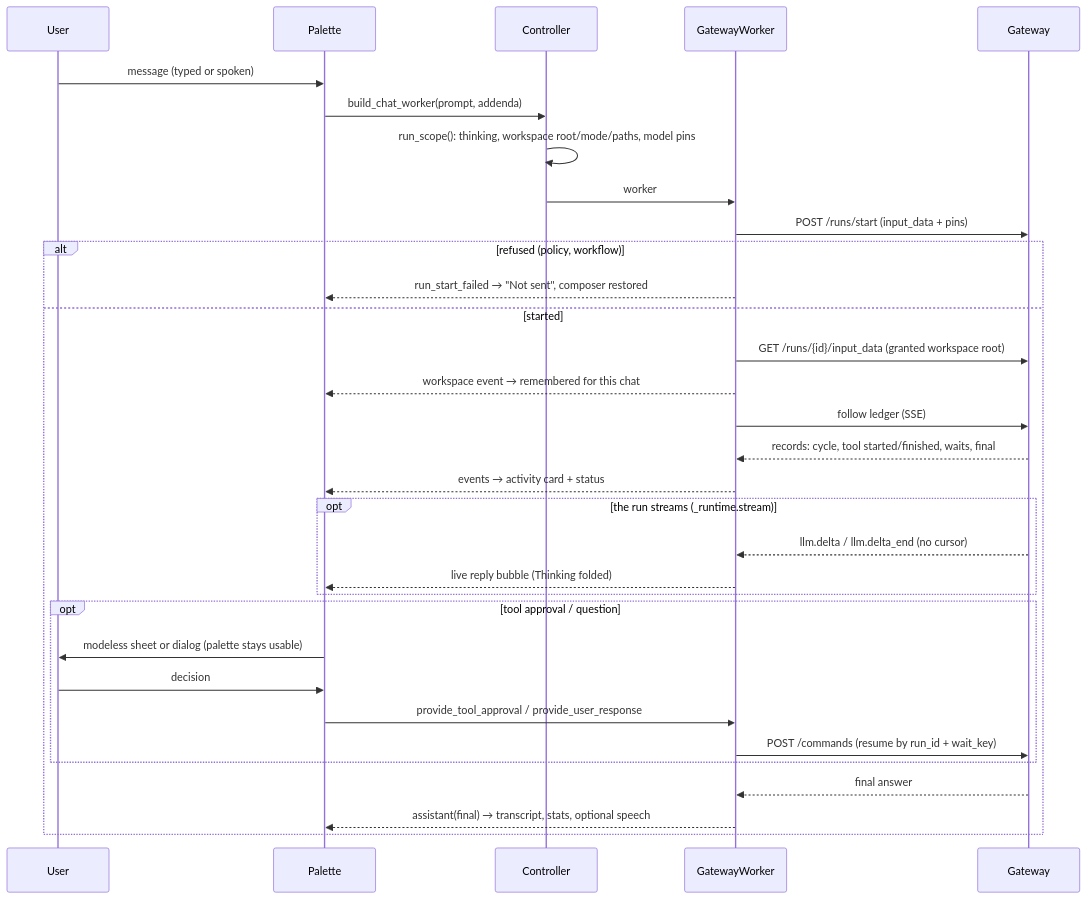
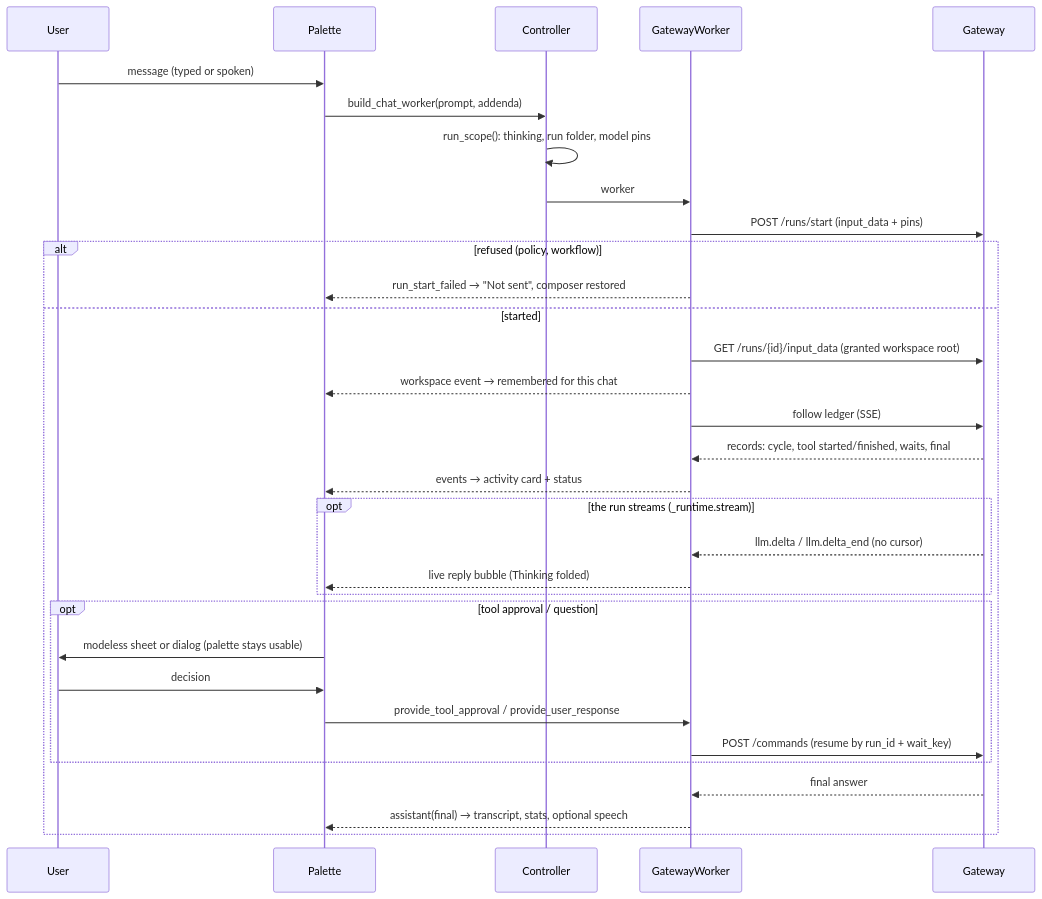
One commit to lpalbou/AbstractAssistant changed the third of 4 diagrams in docs/architecture.md. Above: the diagram before and after it, drawn with Mermaid. The commit also changed 21 other files, not shown here.

````diff
--- a/docs/architecture.md
+++ b/docs/architecture.md
@@ -215,34 +215,34 @@
 ```mermaid
 sequenceDiagram
   participant U as User
   participant P as Palette
   participant C as Controller
   participant W as GatewayWorker
   participant G as Gateway
   U->>P: message (typed or spoken)
   P->>C: build_chat_worker(prompt, addenda)
-  C->>C: run_scope(): thinking, workspace root/mode/paths, model pins
+  C->>C: run_scope(): thinking, run folder, model pins
   C->>W: worker
   W->>G: POST /runs/start (input_data + pins)
   alt refused (policy, workflow)
     W-->>P: run_start_failed → "Not sent", composer restored
   else started
     W->>G: GET /runs/{id}/input_data (granted workspace root)
     W-->>P: workspace event → remembered for this chat
     W->>G: follow ledger (SSE)
     G-->>W: records: cycle, tool started/finished, waits, final
     W-->>P: events → activity card + status
     opt the run streams (_runtime.stream)
       G-->>W: llm.delta / llm.delta_end (no cursor)
       W-->>P: live reply bubble (Thinking folded)
     end
     opt tool approval / question
       P->>U: modeless sheet or dialog (palette stays usable)
       U->>P: decision
       P->>W: provide_tool_approval / provide_user_response
       W->>G: POST /commands (resume by run_id + wait_key)
     end
     G-->>W: final answer
     W-->>P: assistant(final) → transcript, stats, optional speech
   end
 ```
````
